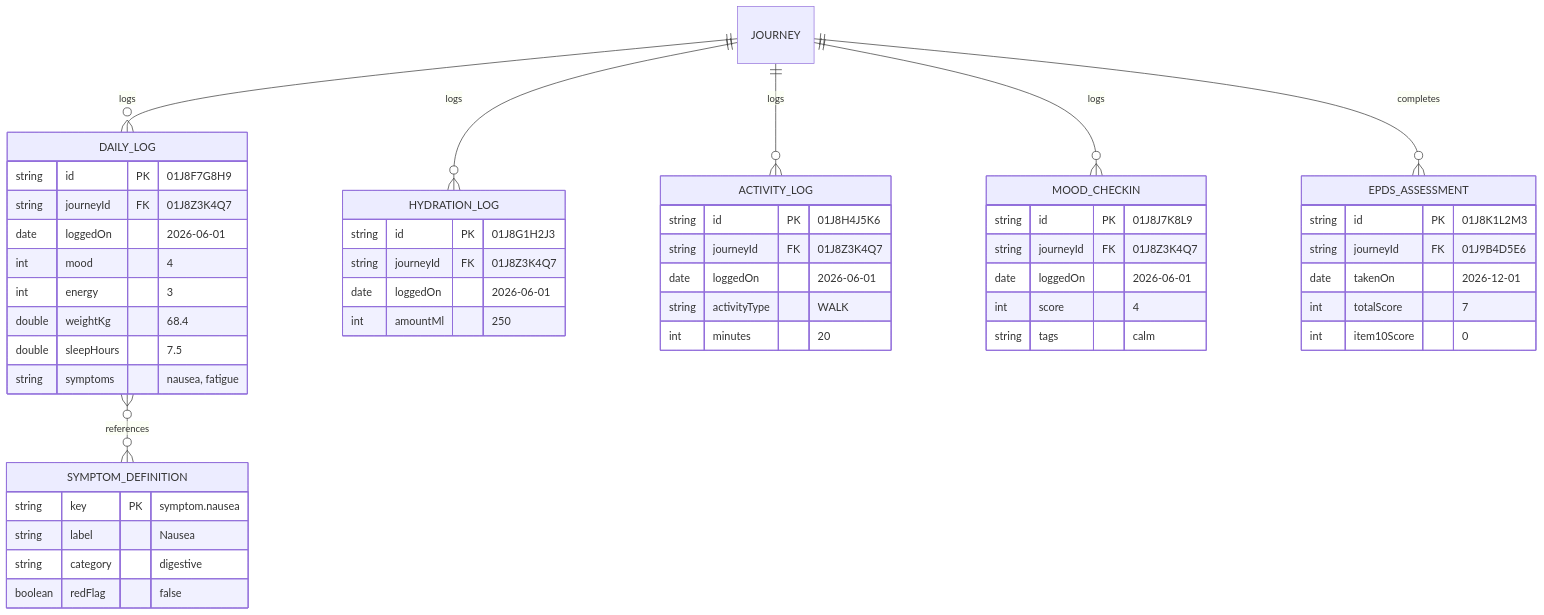
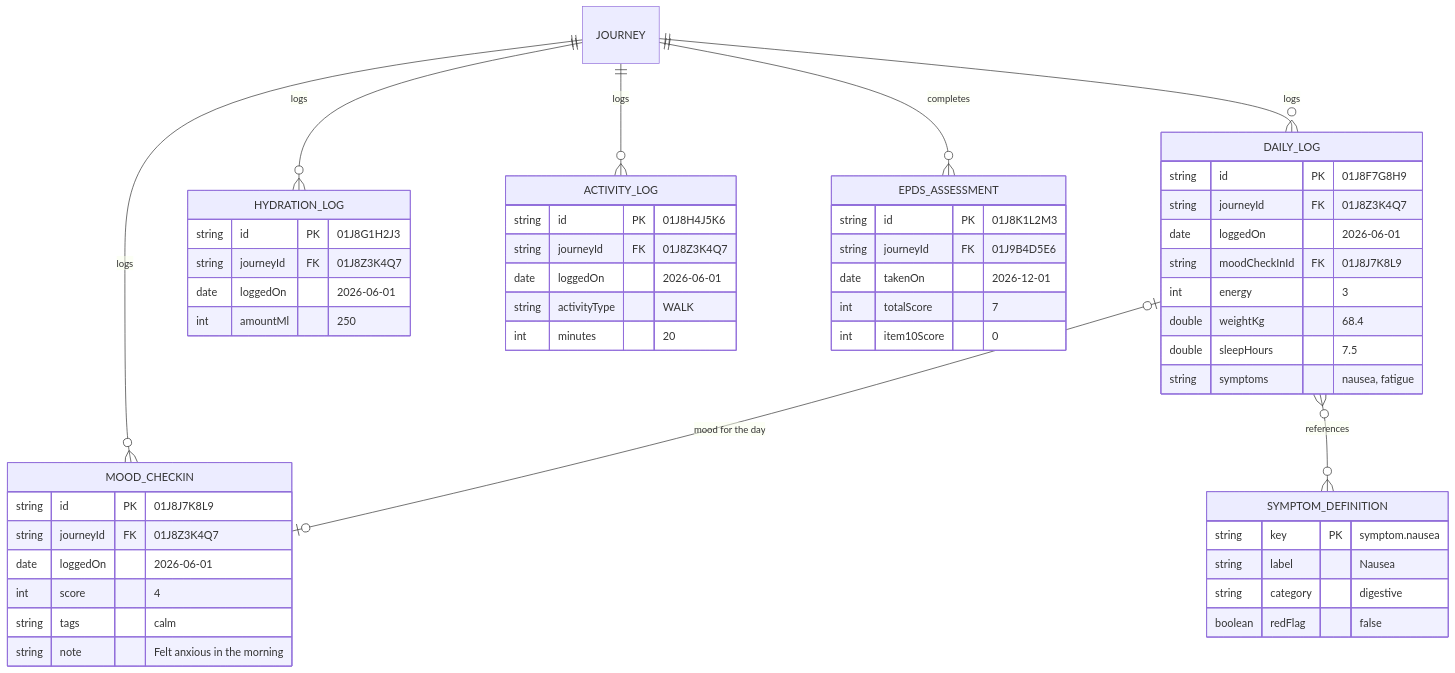
Before and after one commit to headache-sh2l/cocobean: the third of 10 diagrams in docs/domain-model-entity-relation.md, drawn with Mermaid. The commit also changed other lines of this file and 4 other files, not shown here.

````diff
--- a/docs/domain-model-entity-relation.md
+++ b/docs/domain-model-entity-relation.md
@@ -124,53 +124,55 @@
 ```mermaid
 erDiagram
     JOURNEY ||--o{ DAILY_LOG : logs
     JOURNEY ||--o{ HYDRATION_LOG : logs
     JOURNEY ||--o{ ACTIVITY_LOG : logs
     JOURNEY ||--o{ MOOD_CHECKIN : logs
     JOURNEY ||--o{ EPDS_ASSESSMENT : completes
+    DAILY_LOG |o--o| MOOD_CHECKIN : "mood for the day"
     DAILY_LOG }o--o{ SYMPTOM_DEFINITION : references
 
     DAILY_LOG {
         string id PK "01J8F7G8H9"
         string journeyId FK "01J8Z3K4Q7"
         date loggedOn "2026-06-01"
-        int mood "4"
+        string moodCheckInId FK "01J8J7K8L9"
         int energy "3"
         double weightKg "68.4"
         double sleepHours "7.5"
         string symptoms "nausea, fatigue"
     }
     HYDRATION_LOG {
         string id PK "01J8G1H2J3"
         string journeyId FK "01J8Z3K4Q7"
         date loggedOn "2026-06-01"
         int amountMl "250"
     }
     ACTIVITY_LOG {
         string id PK "01J8H4J5K6"
         string journeyId FK "01J8Z3K4Q7"
         date loggedOn "2026-06-01"
         string activityType "WALK"
         int minutes "20"
     }
     MOOD_CHECKIN {
         string id PK "01J8J7K8L9"
         string journeyId FK "01J8Z3K4Q7"
         date loggedOn "2026-06-01"
         int score "4"
         string tags "calm"
+        string note "Felt anxious in the morning"
     }
     EPDS_ASSESSMENT {
         string id PK "01J8K1L2M3"
         string journeyId FK "01J9B4D5E6"
         date takenOn "2026-12-01"
         int totalScore "7"
         int item10Score "0"
     }
     SYMPTOM_DEFINITION {
         string key PK "symptom.nausea"
         string label "Nausea"
         string category "digestive"
         boolean redFlag "false"
     }
 ```
````
